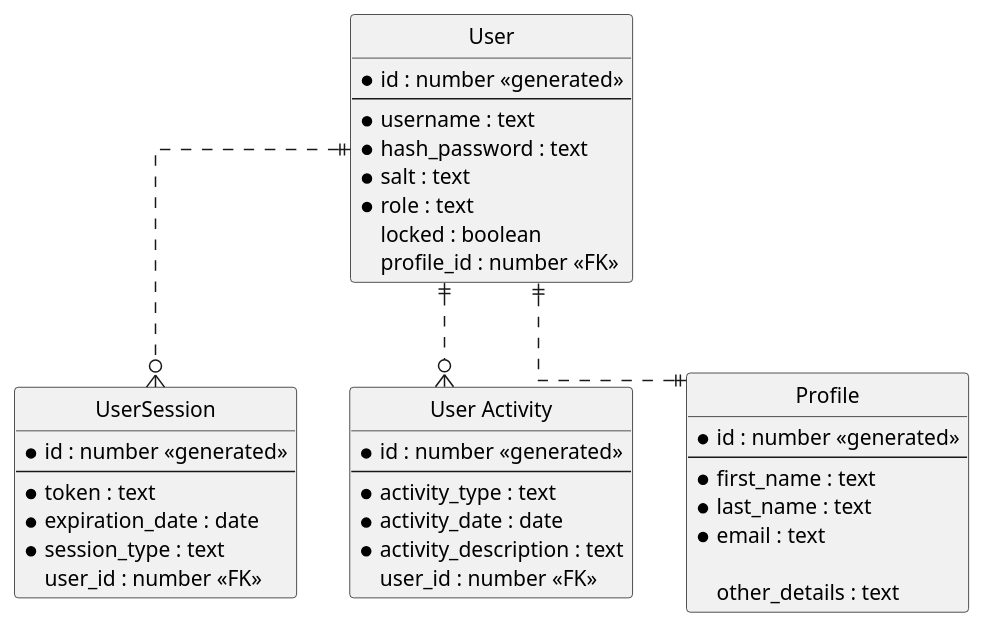
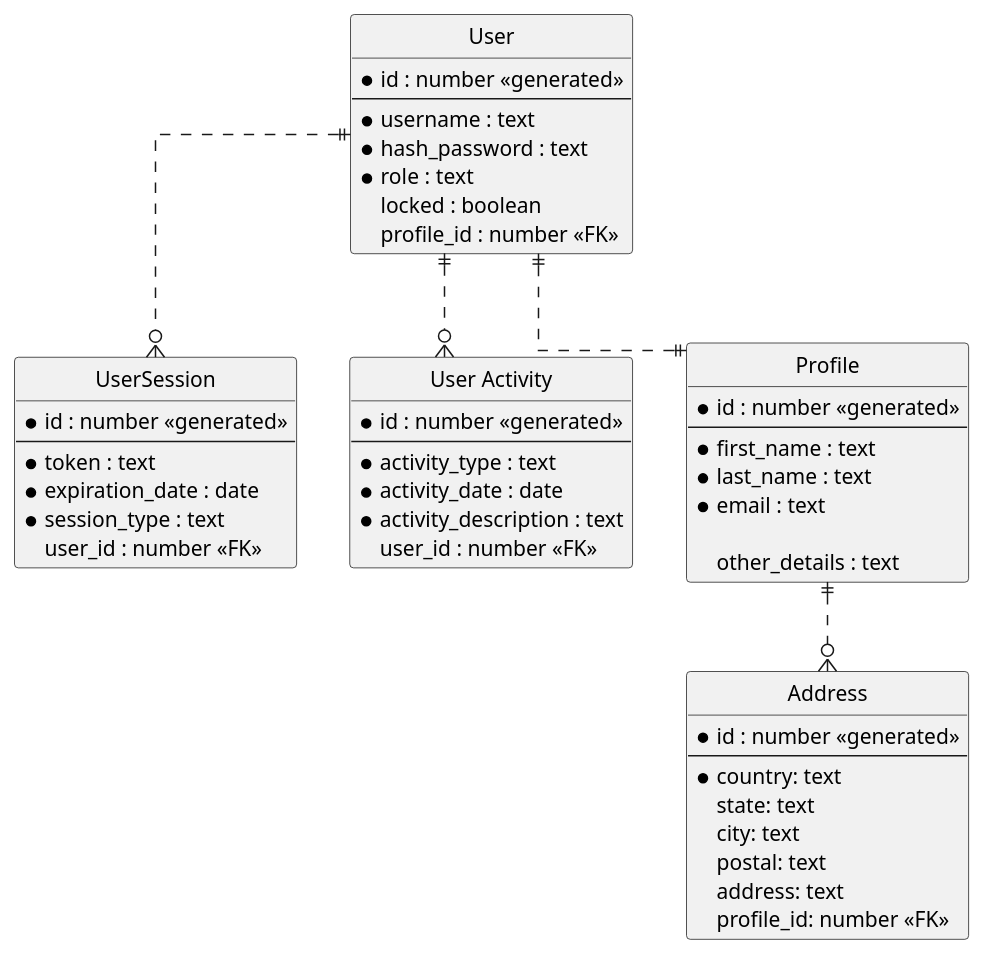
One commit to harlanjim/annie-service changed the diagram in Entities.puml. Above: the diagram before and after it, drawn with PlantUML.

```diff
--- a/Entities.puml
+++ b/Entities.puml
@@ -1,54 +1,65 @@
 @startuml
 
 ' hide the spot
 hide circle
 
 ' avoid problems with angled crows feet
 skinparam linetype ortho
 
 entity "User" as user {
   *id : number <<generated>>
   --
   *username : text
   *hash_password : text
-  *salt : text
   *role : text
   locked : boolean
   profile_id : number <<FK>>
 }
 
 entity "UserSession" as usersession {
   *id : number <<generated>>
   --
   *token : text
   *expiration_date : date
   *session_type : text
   user_id : number <<FK>>
 }
 
 entity "User Activity" as useractivity {
   *id : number <<generated>>
   --
   *activity_type : text
   *activity_date : date
   *activity_description : text
   user_id : number <<FK>>
 }
 
 entity "Profile" as profile {
   *id : number <<generated>>
   --
   *first_name : text
   *last_name : text
   *email : text
 
   other_details : text
 }
 
+entity "Address" as address {
+	*id : number <<generated>>
+	--
+	*country: text
+	state: text
+	city: text
+	postal: text
+	address: text
+	profile_id: number <<FK>>
+}
+
 
 user ||..o{ usersession
 user ||..|| profile
 user ||..o{ useractivity
+profile ||..o{ address
 ' e01 |o..o{ e03
 
 @enduml
```
